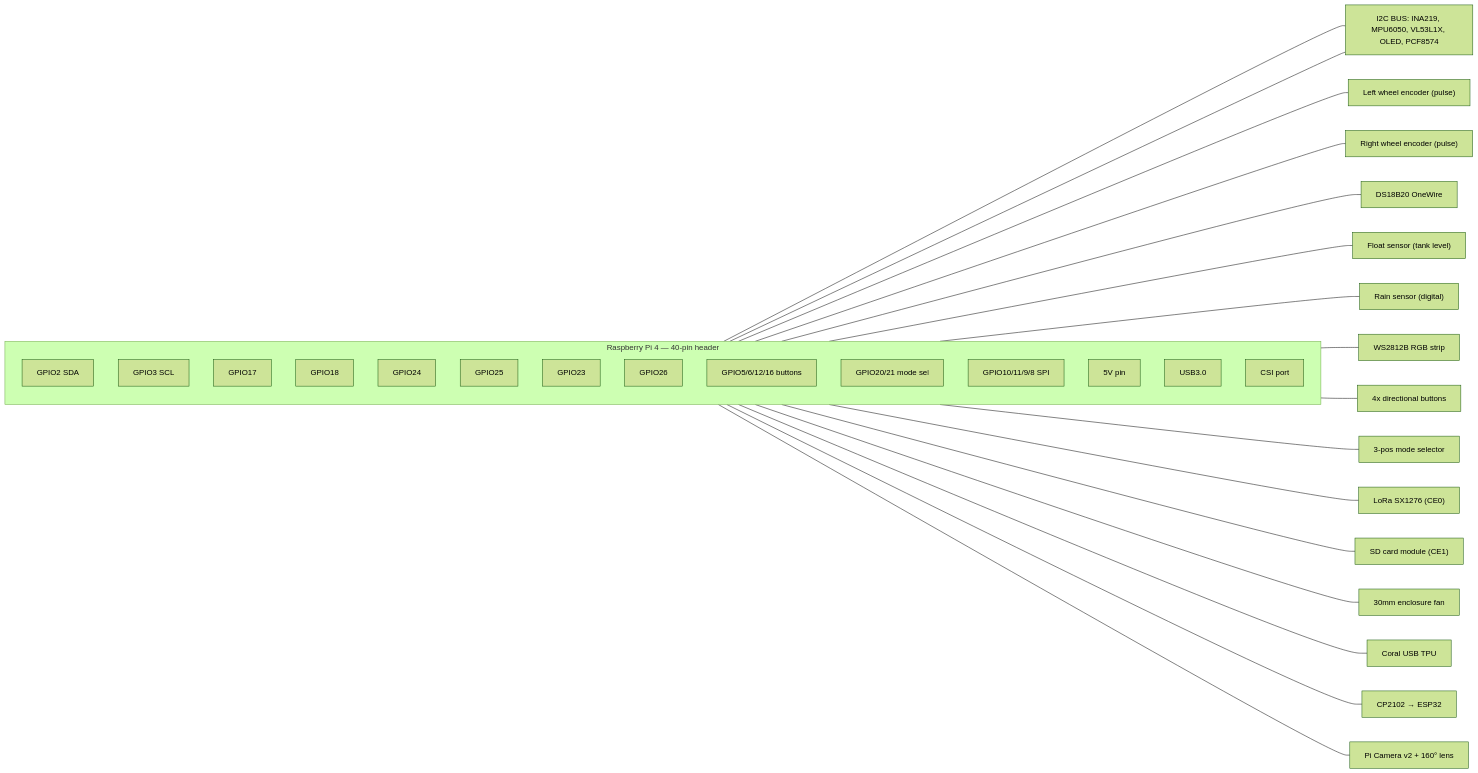
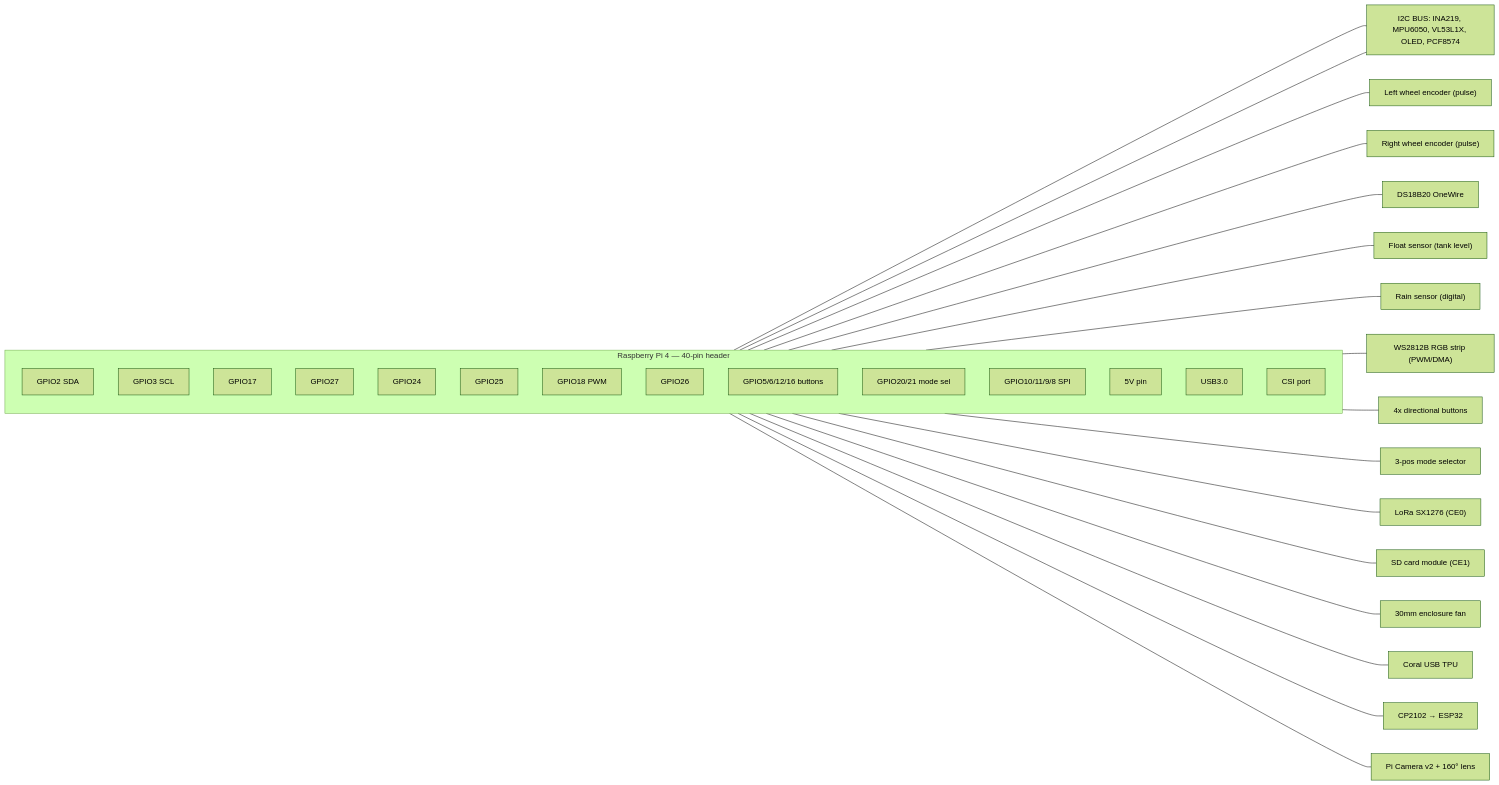
The third of 3 diagrams in docs/circuit-diagram.md (aman123825/agrobot), drawn with Mermaid (forest theme) before and after one commit. The commit also changed other lines of this file and 4 other files, not shown here.

````diff
--- a/docs/circuit-diagram.md
+++ b/docs/circuit-diagram.md
@@ -208,28 +208,28 @@
 ```mermaid
 flowchart LR
     subgraph PI["Raspberry Pi 4 — 40-pin header"]
         direction TB
         G2["GPIO2 SDA"]; G3["GPIO3 SCL"]
-        G17["GPIO17"]; G18["GPIO18"]; G24["GPIO24"]; G25["GPIO25"]
-        G23["GPIO23"]; G26["GPIO26"]
+        G17["GPIO17"]; G27["GPIO27"]; G24["GPIO24"]; G25["GPIO25"]
+        G18["GPIO18 PWM"]; G26["GPIO26"]
         G56["GPIO5/6/12/16 buttons"]; G2021["GPIO20/21 mode sel"]
         SPI["GPIO10/11/9/8 SPI"]
         FIVEV["5V pin"]; USB["USB3.0"]; CSI["CSI port"]
     end
     G2 --- I2C["I2C BUS: INA219, MPU6050, VL53L1X, OLED, PCF8574"]
     G3 --- I2C
     G17 --- ENC["Left wheel encoder (pulse)"]
-    G18 --- ENCB["Right wheel encoder (pulse)"]
+    G27 --- ENCB["Right wheel encoder (pulse)"]
     G24 --- DS18["DS18B20 OneWire"]
     G25 --- FLT["Float sensor (tank level)"]
     G26 --- RAIN["Rain sensor (digital)"]
-    G23 --- WS["WS2812B RGB strip"]
+    G18 --- WS["WS2812B RGB strip (PWM/DMA)"]
     G56 --- BTN["4x directional buttons"]
     G2021 --- MODE["3-pos mode selector"]
     SPI --- LORA["LoRa SX1276 (CE0)"]
     SPI --- SDM["SD card module (CE1)"]
     FIVEV --- FAN["30mm enclosure fan"]
     USB --- CORAL["Coral USB TPU"]
     USB --- CP["CP2102 → ESP32"]
     CSI --- CAM["Pi Camera v2 + 160° lens"]
 ```
````
